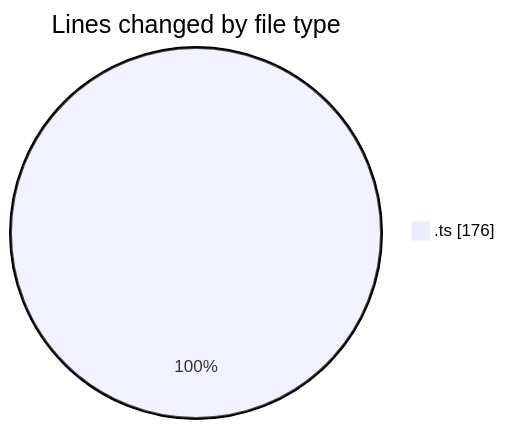
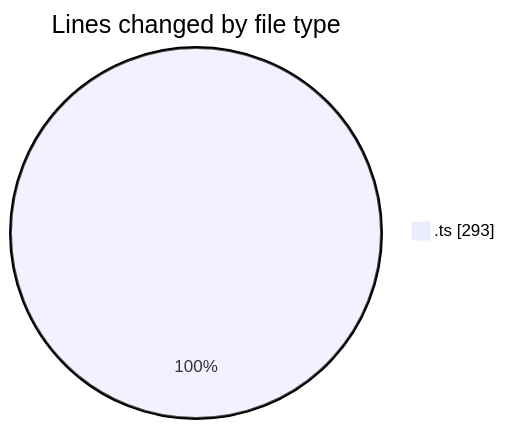
The first of 2 diagrams in 2025-10-19/typescript/README.md (Ritupan-Deka/code-tracking), drawn with Mermaid before and after one commit. The commit also changed other lines of this file and 1 other file, not shown here.

````diff
--- a/2025-10-19/typescript/README.md
+++ b/2025-10-19/typescript/README.md
@@ -21,5 +21,5 @@
 ```mermaid
 pie showData
 title Lines changed by file type
-".ts" : 176
+".ts" : 293
 ```
````
